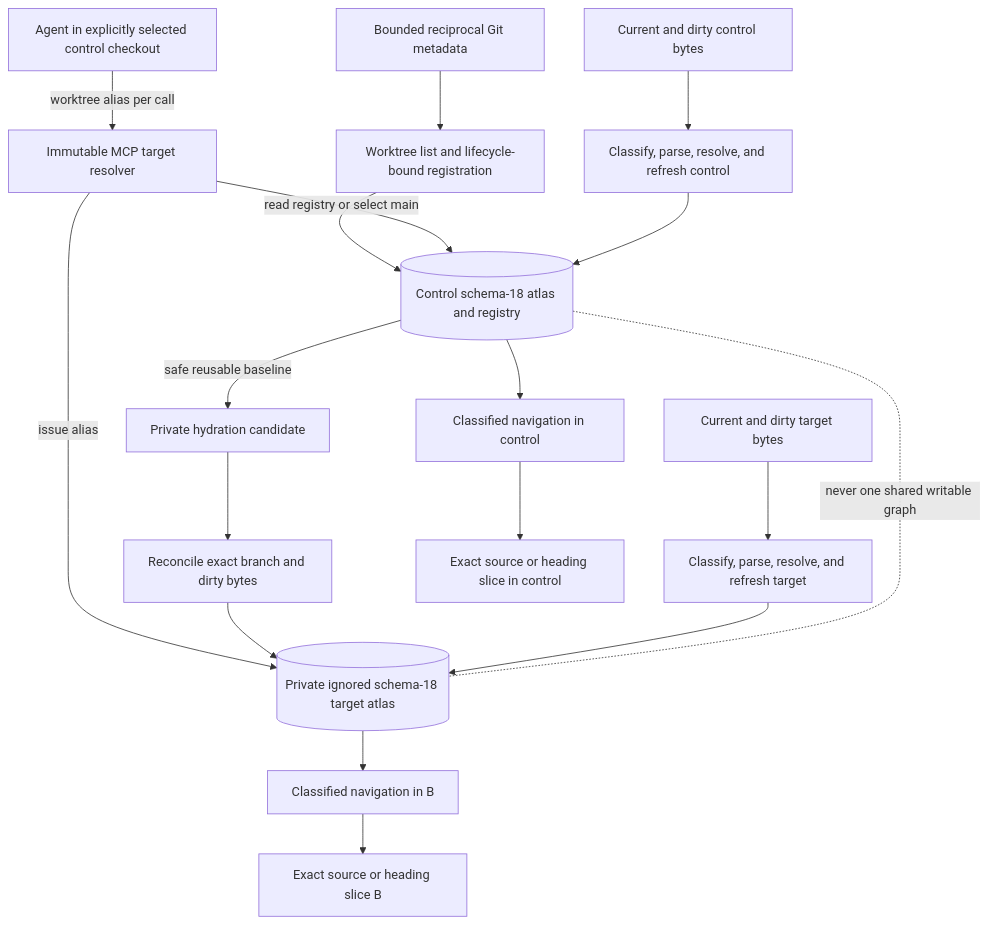
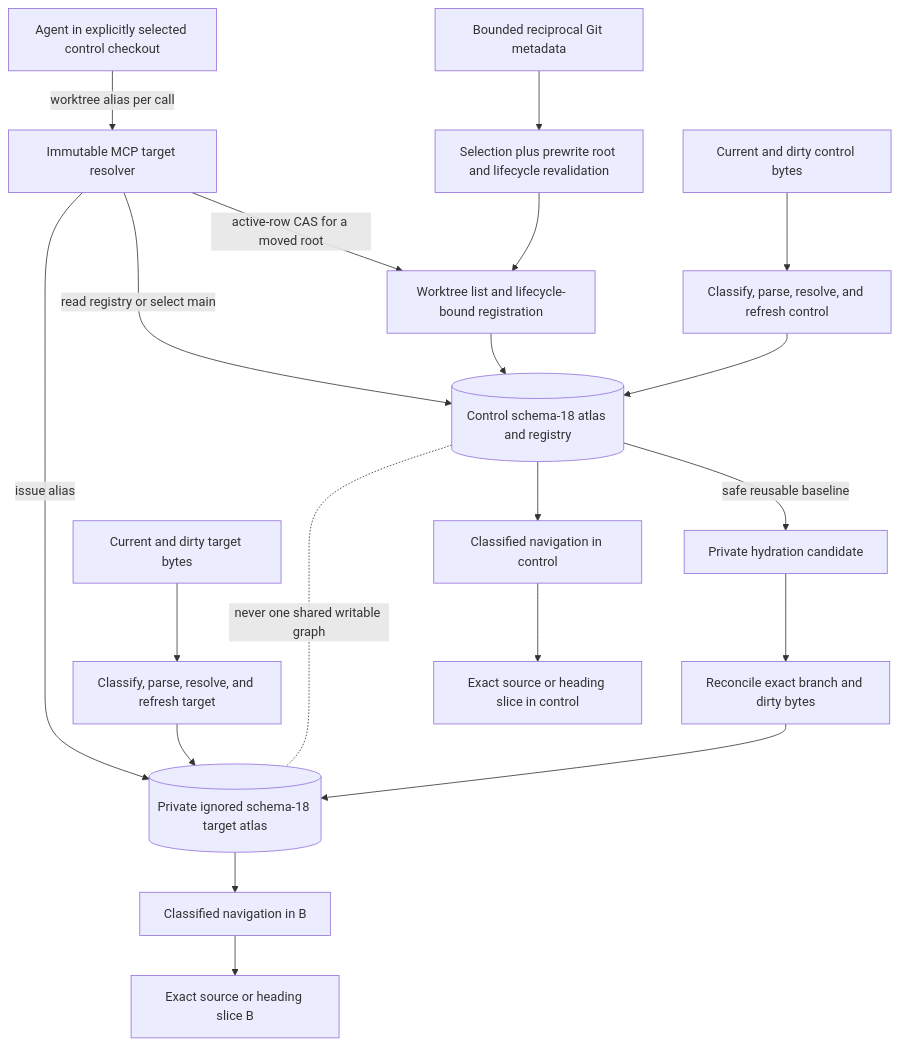
Before and after one commit to styler-ai/ProjectAtlas: diagram 26 of 33 in docs/projectatlas-3-architecture.md, drawn with Mermaid. The commit also changed other lines of this file and 6 other files, not shown here.

Commit message:
fix(mcp): close worktree lifecycle races (#430)

````diff
--- a/docs/projectatlas-3-architecture.md
+++ b/docs/projectatlas-3-architecture.md
@@ -1807,20 +1808,22 @@
 ```mermaid
 flowchart TB
     Agent[Agent in explicitly selected control checkout] -->|worktree alias per call| Resolver[Immutable MCP target resolver]
-    Git[Bounded reciprocal Git metadata] --> Registry[Worktree list and lifecycle-bound registration]
+    Git[Bounded reciprocal Git metadata] --> Revalidate[Selection plus prewrite root and lifecycle revalidation]
+    Revalidate --> Registry[Worktree list and lifecycle-bound registration]
+    Resolver -->|active-row CAS for a moved root| Registry
     Registry --> Control
     Resolver -->|read registry or select main| Control[(Control schema-18 atlas and registry)]
     Resolver -->|issue alias| DbB[(Private ignored schema-18 target atlas)]
     Control -->|safe reusable baseline| Candidate[Private hydration candidate]
     Candidate --> Reconcile[Reconcile exact branch and dirty bytes]
     Reconcile --> DbB
     SavedA[Current and dirty control bytes] --> BuildA[Classify, parse, resolve, and refresh control]
     BuildA --> Control
     SavedB[Current and dirty target bytes] --> BuildB[Classify, parse, resolve, and refresh target]
     BuildB --> DbB
     Control --> NavigateA[Classified navigation in control]
     DbB --> NavigateB[Classified navigation in B]
     NavigateA --> SliceA[Exact source or heading slice in control]
     NavigateB --> SliceB[Exact source or heading slice B]
     Control -. never one shared writable graph .- DbB
 ```
````
